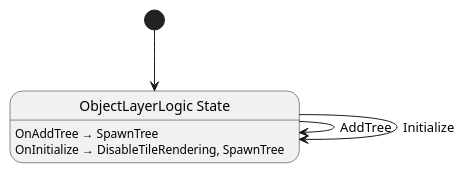
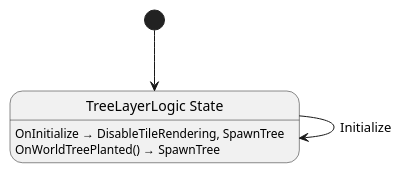
The diagram in src/world/tree_layer/TreeLayer.g.puml (Nilsiker/Adventure), drawn with PlantUML before and after one commit. The commit also changed 8 other files, not shown here.

```diff
--- a/src/world/tree_layer/TreeLayer.g.puml
+++ b/src/world/tree_layer/TreeLayer.g.puml
@@ -1,11 +1,10 @@
-@startuml ObjectLayerLogic
-state "ObjectLayerLogic State" as Shellguard_World_ObjectLayerLogic_State
+@startuml TreeLayerLogic
+state "TreeLayerLogic State" as Shellguard_World_TreeLayerLogic_State
 
-Shellguard_World_ObjectLayerLogic_State --> Shellguard_World_ObjectLayerLogic_State : AddTree
-Shellguard_World_ObjectLayerLogic_State --> Shellguard_World_ObjectLayerLogic_State : Initialize
+Shellguard_World_TreeLayerLogic_State --> Shellguard_World_TreeLayerLogic_State : Initialize
 
-Shellguard_World_ObjectLayerLogic_State : OnAddTree → SpawnTree
-Shellguard_World_ObjectLayerLogic_State : OnInitialize → DisableTileRendering, SpawnTree
+Shellguard_World_TreeLayerLogic_State : OnInitialize → DisableTileRendering, SpawnTree
+Shellguard_World_TreeLayerLogic_State : OnWorldTreePlanted() → SpawnTree
 
-[*] --> Shellguard_World_ObjectLayerLogic_State
+[*] --> Shellguard_World_TreeLayerLogic_State
 @enduml
```
